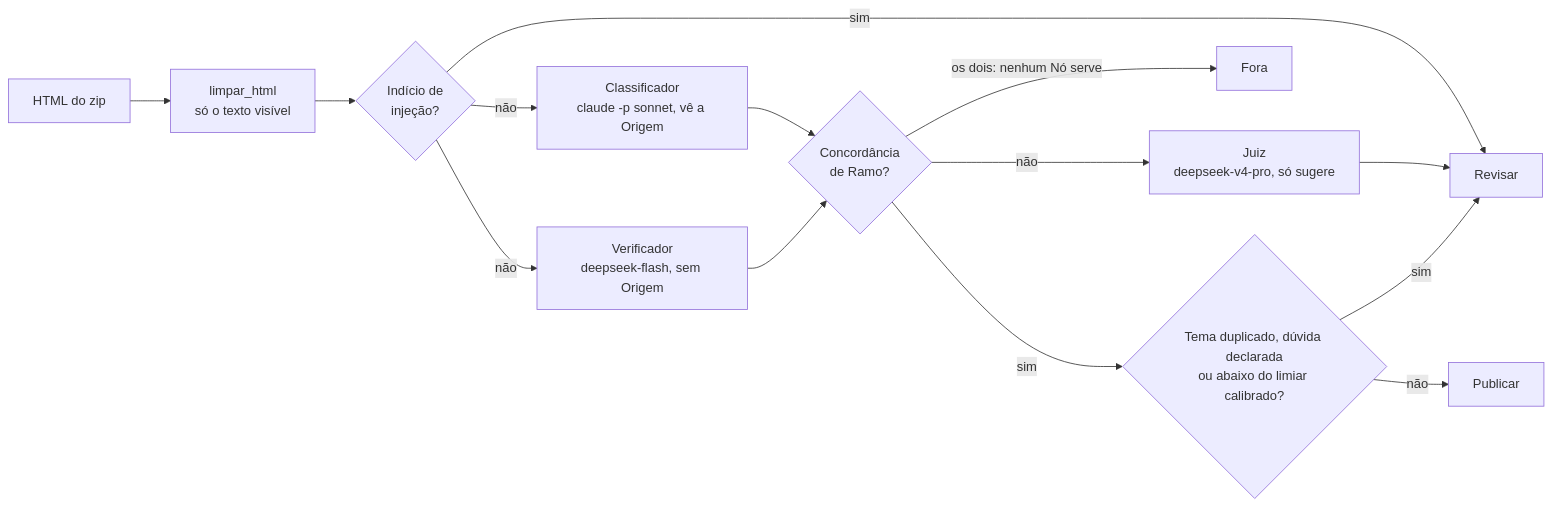
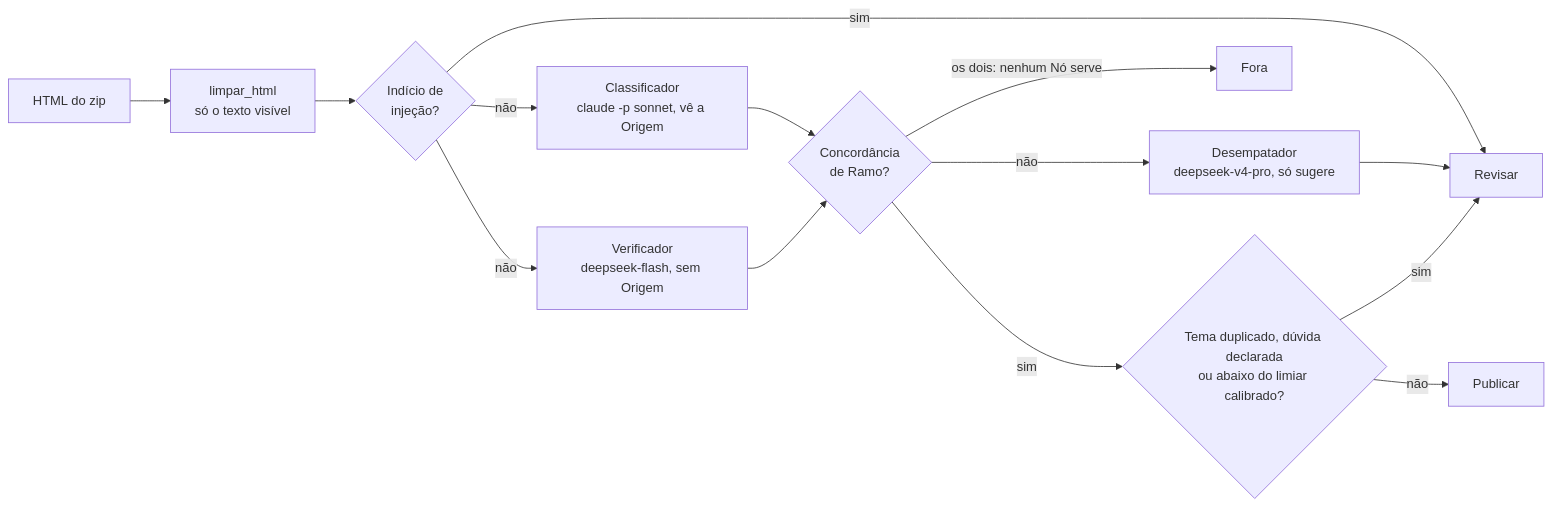
Before and after one commit to edcastanha/case-vicio-ia-poc: the diagram in README.md, drawn with Mermaid. The commit also changed other lines of this file and 46 other files, not shown here.

First line of the commit message:
Papel Juiz passa a se chamar Desempatador

````diff
--- a/README.md
+++ b/README.md
@@ -12,14 +12,14 @@
 ```mermaid
 flowchart LR
     H["HTML do zip"] --> L["limpar_html<br>só o texto visível"]
     L --> I{"Indício de<br>injeção?"}
     I -- "sim" --> R["Revisar"]
     I -- "não" --> C["Classificador<br>claude -p sonnet, vê a Origem"]
     I -- "não" --> V["Verificador<br>deepseek-flash, sem Origem"]
     C & V --> K{"Concordância<br>de Ramo?"}
-    K -- "não" --> J["Juiz<br>deepseek-v4-pro, só sugere"] --> R
+    K -- "não" --> J["Desempatador<br>deepseek-v4-pro, só sugere"] --> R
     K -- "os dois: nenhum Nó serve" --> F["Fora"]
     K -- "sim" --> D{"Tema duplicado, dúvida declarada<br>ou abaixo do limiar calibrado?"}
     D -- "sim" --> R
     D -- "não" --> P["Publicar"]
 ```
````
